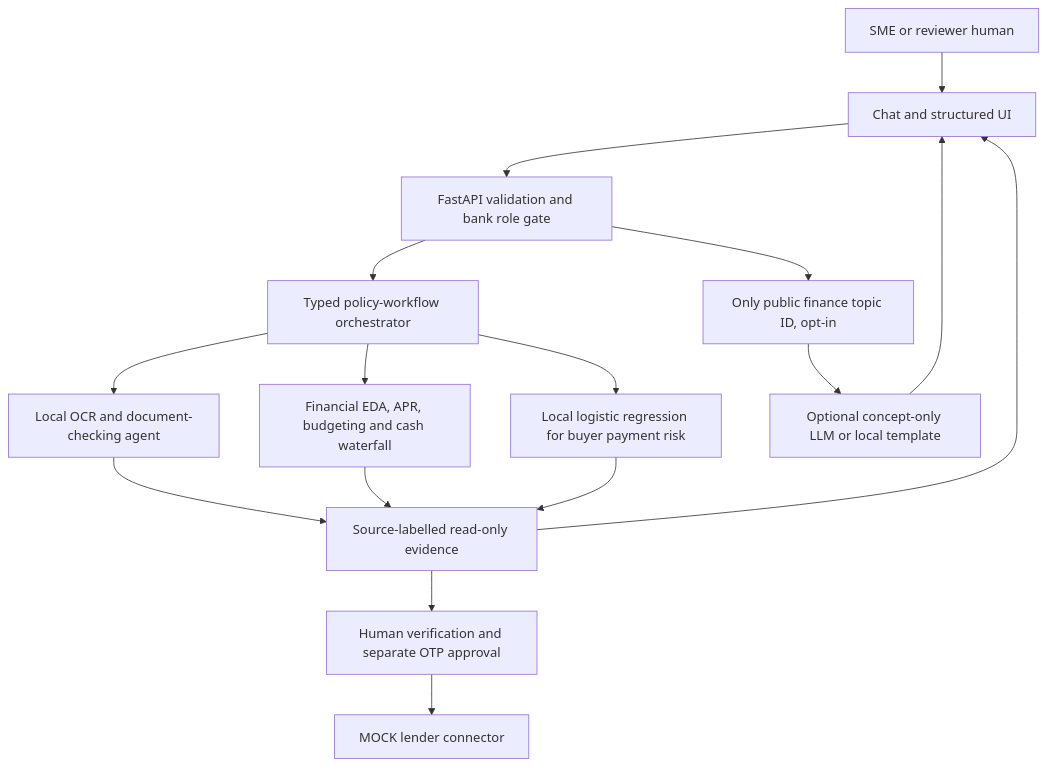
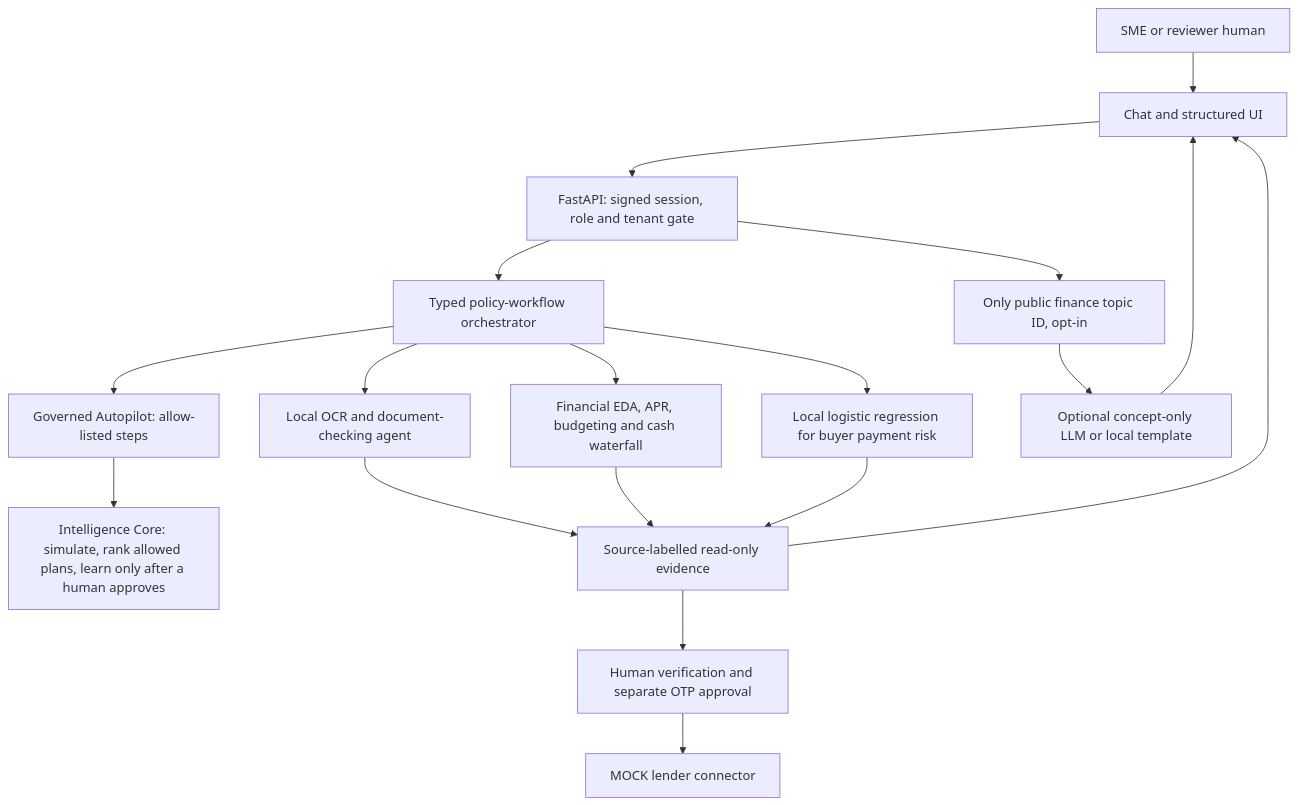
One commit to stellarrng/cashbridge changed the diagram in README.md. Above: the diagram before and after it, drawn with Mermaid. The commit also changed other lines of this file and 111 other files, not shown here.

````diff
--- a/README.md
+++ b/README.md
@@ -218,18 +304,20 @@
 ```mermaid
 flowchart TB
     HUMAN[SME or reviewer human] --> UI[Chat and structured UI]
-    UI --> API[FastAPI validation and bank role gate]
+    UI --> API[FastAPI: signed session, role and tenant gate]
     API --> POLICY[Typed policy-workflow orchestrator]
+    POLICY --> AUTO[Governed Autopilot: allow-listed steps]
+    AUTO --> CORE[Intelligence Core: simulate, rank allowed plans, learn only after a human approves]
     POLICY --> DOC[Local OCR and document-checking agent]
     POLICY --> FIN[Financial EDA, APR, budgeting and cash waterfall]
     POLICY --> ML[Local logistic regression for buyer payment risk]
     DOC --> EVID[Source-labelled read-only evidence]
     FIN --> EVID
     ML --> EVID
     EVID --> UI
     EVID --> HITL[Human verification and separate OTP approval]
     API --> PUBLIC[Only public finance topic ID, opt-in]
     PUBLIC --> CONCEPT[Optional concept-only LLM or local template]
     CONCEPT --> UI
     HITL --> MOCK[MOCK lender connector]
 ```
````
